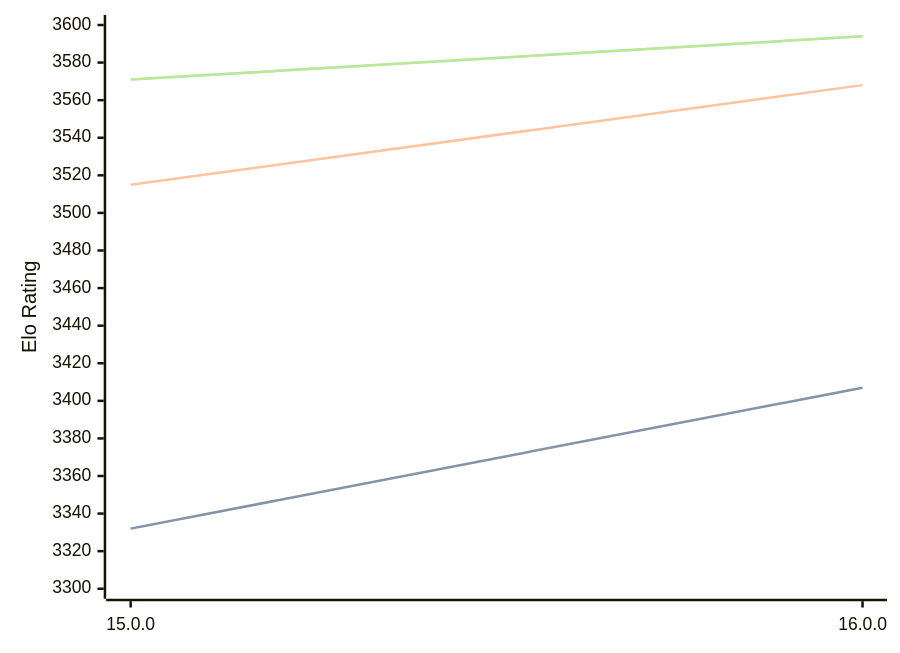
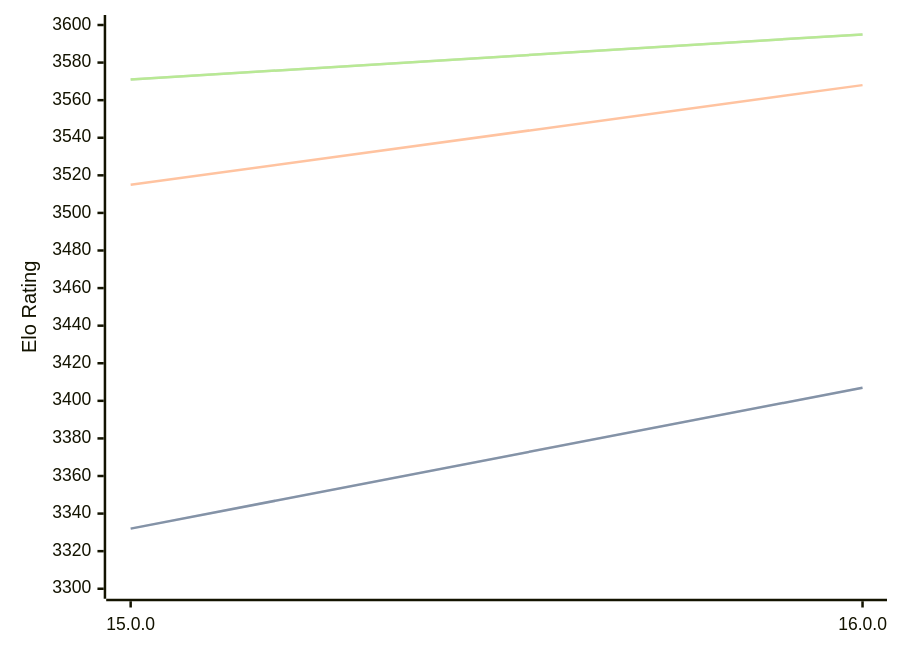
One commit to computer-chess-index/cci changed the diagram in engines/Halogen.md. Above: the diagram before and after it, drawn with Mermaid. The commit also changed other lines of this file, not shown here.

Commit message:
Update CCI Ratings (ELO VLTC) - 2026-05-05

````diff
--- a/engines/Halogen.md
+++ b/engines/Halogen.md
@@ -50,11 +50,11 @@
 ```mermaid
 %%{init: {"theme":"base","themeVariables":{"seriesColors:['#a3a3a3','#222221','#faa371']}}}%%
 xychart-beta
   x-axis ["15.0.0", "16.0.0"]
   y-axis "Elo Rating" 3300 --> 3600
   line "STC (8.0+0.08s)" [3332, 3407]
   line "STC (8.0+0.08s)" [3332, 3407]
   line "LTC (60.0+0.60s)" [3515, 3568]
-  line "VLTC (2m24s+1.12s)" [3571, 3594]
-  line "VLTC (2m24s+1.12s)" [3571, 3594]
+  line "VLTC (2m24s+1.12s)" [3571, 3595]
+  line "VLTC (2m24s+1.12s)" [3571, 3595]
 ```
````
